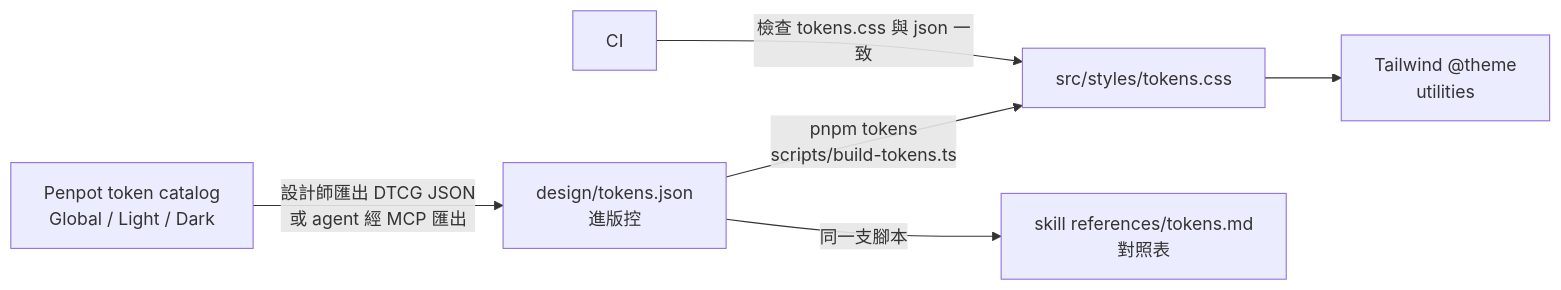
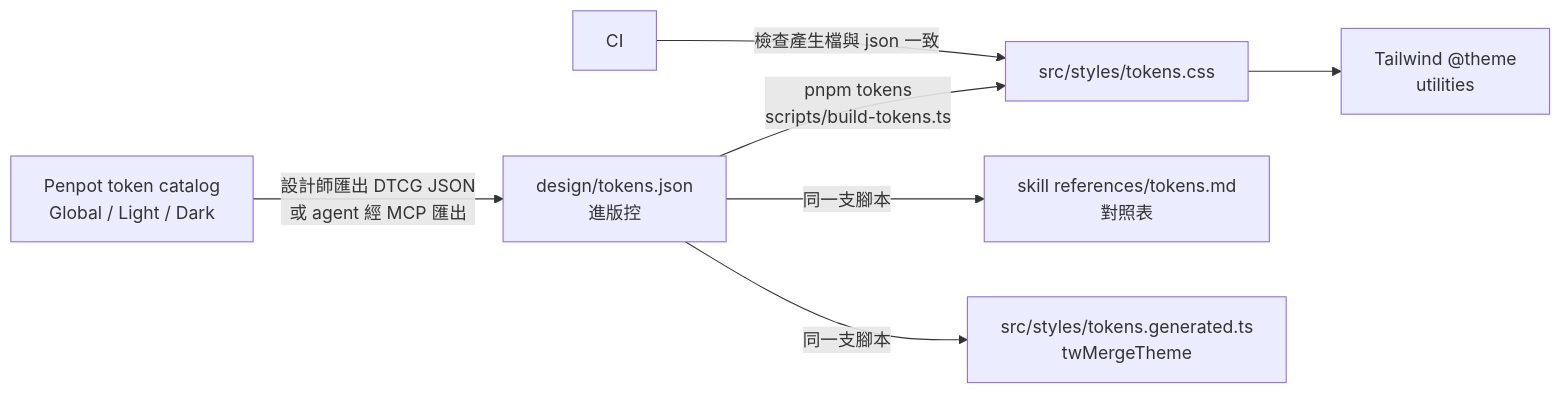
Before and after one commit to cofacts/kb: the first of 2 diagrams in src/technical-design/cofacts.ai/Phase 3 網站遷移與前端架構.md, drawn with Mermaid. The commit also changed other lines of this file, not shown here.

First line of the commit message:
Configure tailwind-merge for Cofacts tokens; explain cva

````diff
--- a/src/technical-design/cofacts.ai/Phase 3 網站遷移與前端架構.md
+++ b/src/technical-design/cofacts.ai/Phase 3 網站遷移與前端架構.md
@@ -654,8 +674,9 @@
 ```mermaid
 flowchart LR
   P[Penpot token catalog<br/>Global / Light / Dark] -->|設計師匯出 DTCG JSON<br/>或 agent 經 MCP 匯出| J[design/tokens.json<br/>進版控]
   J -->|pnpm tokens<br/>scripts/build-tokens.ts| C[src/styles/tokens.css]
   C --> T[Tailwind @theme<br/>utilities]
   J -->|同一支腳本| M[skill references/tokens.md<br/>對照表]
-  CI[CI] -->|檢查 tokens.css 與 json 一致| C
+  J -->|同一支腳本| W[src/styles/tokens.generated.ts<br/>twMergeTheme]
+  CI[CI] -->|檢查產生檔與 json 一致| C
 ```
````
